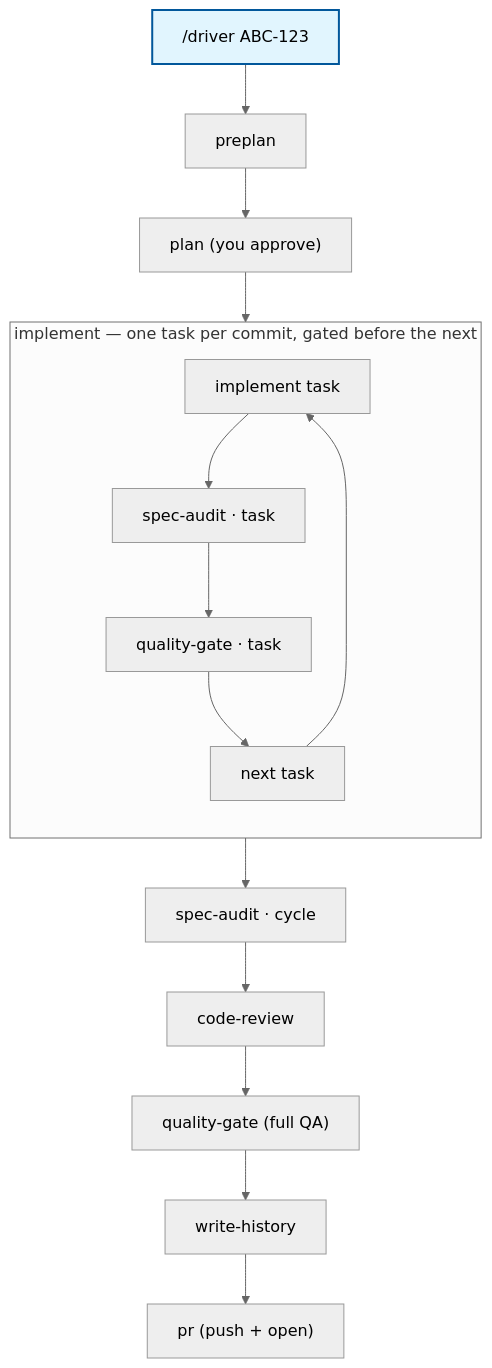
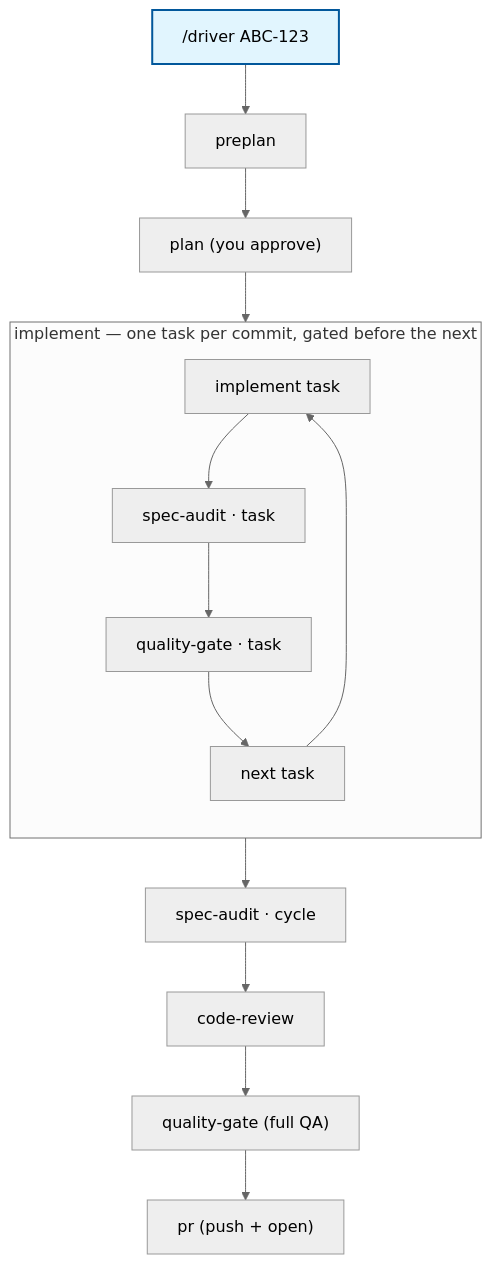
The diagram in README.md (GoncaloJoaoCorreia/opencode-agents), drawn with Mermaid (neutral theme) before and after one commit. The commit also changed other lines of this file and 41 other files, not shown here.

First line of the commit message:
refactor(driver): drop the write-history phase and .agent/ recording

````diff
--- a/README.md
+++ b/README.md
@@ -110,18 +106,18 @@
 ```mermaid
 flowchart TD
     DRV["/driver ABC-123"] --> PRE[preplan] --> PLAN["plan (you approve)"]
     PLAN --> FAN
 
     subgraph FAN["implement — one task per commit, gated before the next"]
         direction TB
         IMP["implement task"] --> AUDT["spec-audit · task"]
         AUDT --> QAT["quality-gate · task"]
         QAT --> NEXT["next task"]
         NEXT --> IMP
     end
 
     FAN --> AUDC["spec-audit · cycle"] --> REV[code-review] --> QAC["quality-gate (full QA)"]
-    QAC --> HIST[write-history] --> PR["pr (push + open)"]
+    QAC --> PR["pr (push + open)"]
 
     style DRV fill:#e1f5fe,stroke:#01579b,stroke-width:2px
 ```
````
